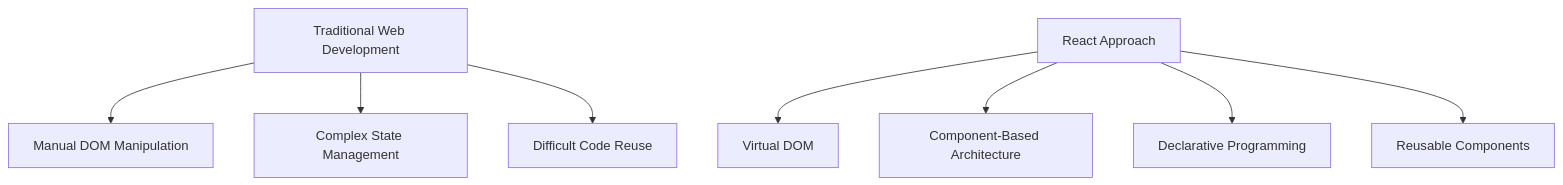
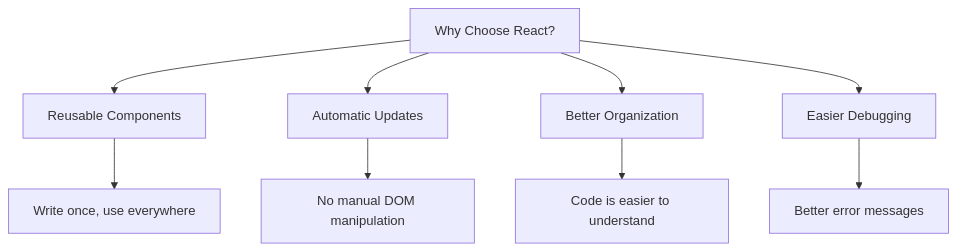
Before and after one commit to scifigurmeet/fullstack: the first of 2 diagrams in D1_React Fundamentals.md, drawn with Mermaid. The commit also changed other lines of this file, not shown here.

Commit message:
Update D1_React Fundamentals.md

````diff
--- a/D1_React Fundamentals.md
+++ b/D1_React Fundamentals.md
@@ -19,11 +73,12 @@
 ```mermaid
 graph TD
-    A[Traditional Web Development] --> B[Manual DOM Manipulation]
-    A --> C[Complex State Management]
-    A --> D[Difficult Code Reuse]
+    A[Why Choose React?] --> B[Reusable Components]
+    A --> C[Automatic Updates]
+    A --> D[Better Organization]
+    A --> E[Easier Debugging]
     
-    E[React Approach] --> F[Virtual DOM]
-    E --> G[Component-Based Architecture]
-    E --> H[Declarative Programming]
-    E --> I[Reusable Components]
+    B --> B1[Write once, use everywhere]
+    C --> C1[No manual DOM manipulation]
+    D --> D1[Code is easier to understand]
+    E --> E1[Better error messages]
 ```
````
